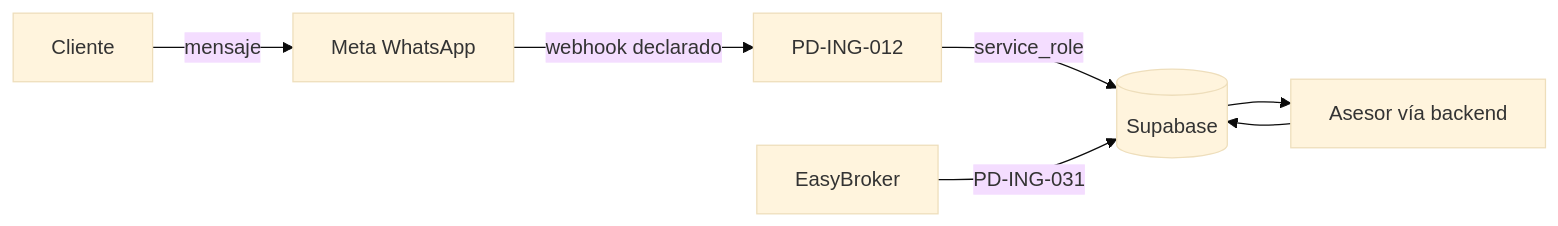
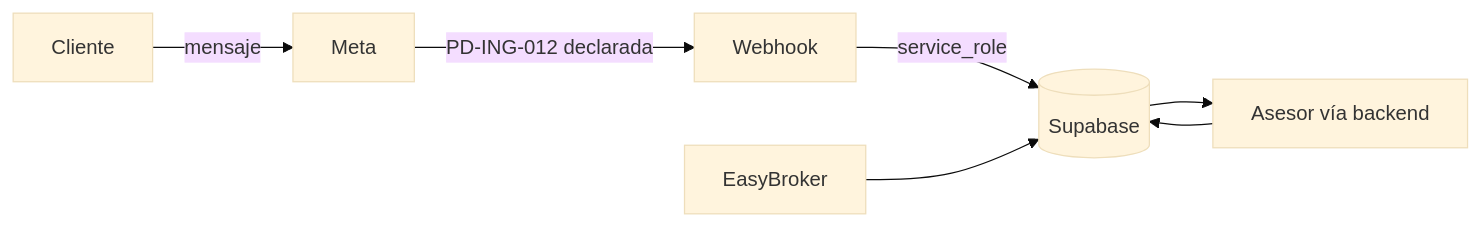
Before and after one commit to EstrategiaInmobiliaria/Tokenizer-extended: the second of 13 diagrams in docs/palm-lab-practica/iso/PD-SGC-MAN-001.md, drawn with Mermaid (base theme). The commit also changed other lines of this file and 4 other files, not shown here.

````diff
--- a/docs/palm-lab-practica/iso/PD-SGC-MAN-001.md
+++ b/docs/palm-lab-practica/iso/PD-SGC-MAN-001.md
@@ -105,9 +94,9 @@
 ```mermaid
 flowchart LR
-  C[Cliente] -->|mensaje| WA[Meta WhatsApp]
-  WA -->|webhook declarado| WH[PD-ING-012]
+  C[Cliente] -->|mensaje| WA[Meta]
+  WA -->|PD-ING-012 declarada| WH[Webhook]
   WH -->|service_role| SB[(Supabase)]
-  EB[EasyBroker] -->|PD-ING-031| SB
+  EB[EasyBroker] --> SB
   SB --> AS[Asesor vía backend]
   AS --> SB
 ```
````
